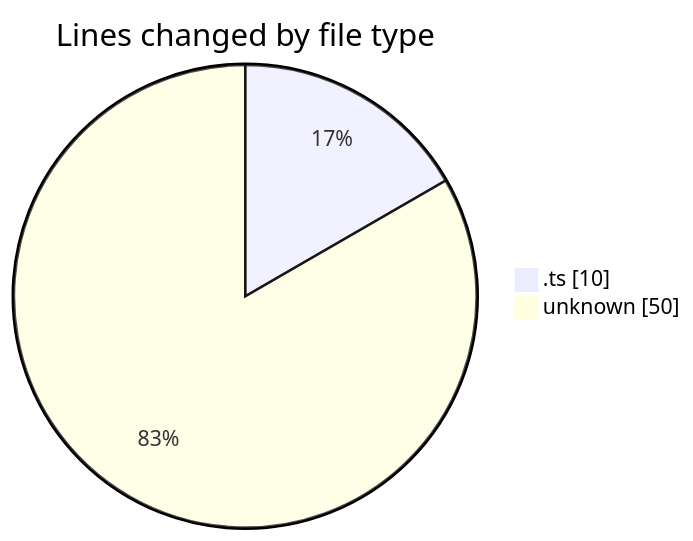
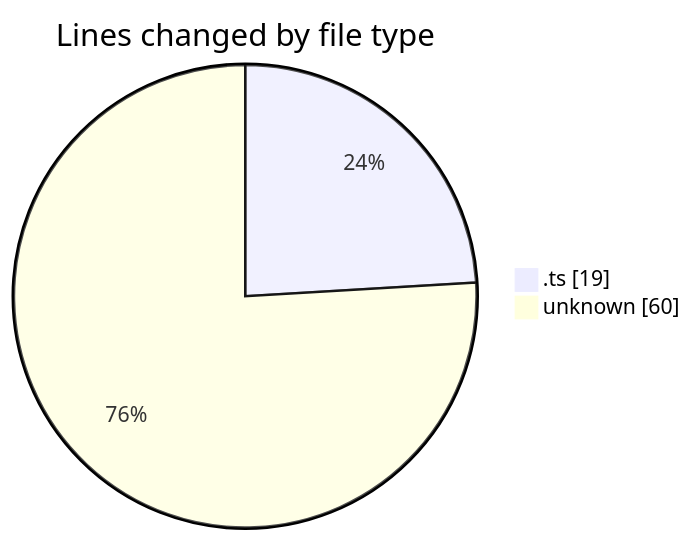
One commit to momahboobian/code-tracking changed the first of 2 diagrams in 2026-06-12/cda/README.md. Above: the diagram before and after it, drawn with Mermaid. The commit also changed other lines of this file and 1 other file, not shown here.

````diff
--- a/2026-06-12/cda/README.md
+++ b/2026-06-12/cda/README.md
@@ -21,6 +22,6 @@
 ```mermaid
 pie showData
 title Lines changed by file type
-".ts" : 10
-"unknown" : 50
+".ts" : 19
+"unknown" : 60
 ```
````
